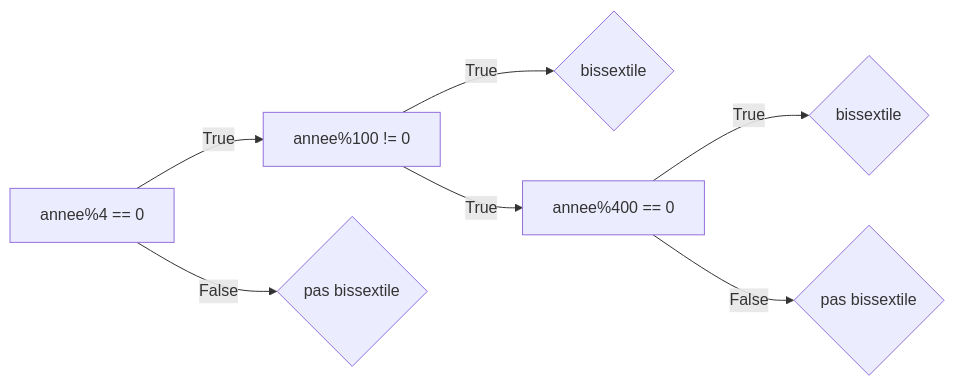
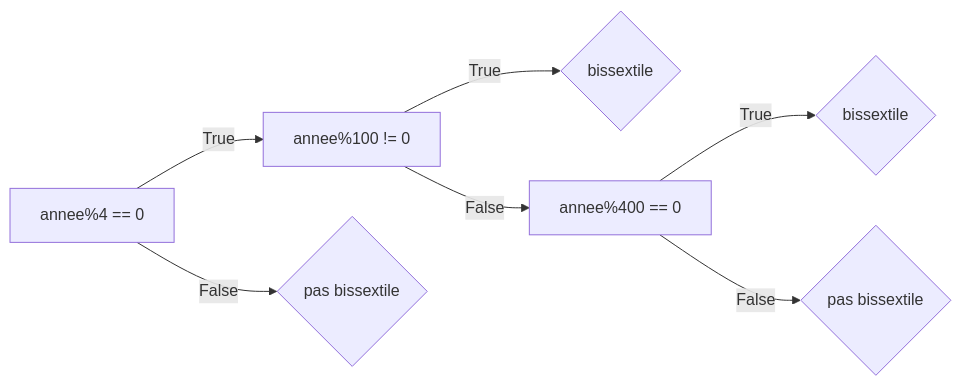
The first of 2 diagrams in docs/langages-et-programmation/4-constructions-elementaires.md (eipaca/NSI-1), drawn with Mermaid before and after one commit. The commit also changed other lines of this file, not shown here.

````diff
--- a/docs/langages-et-programmation/4-constructions-elementaires.md
+++ b/docs/langages-et-programmation/4-constructions-elementaires.md
@@ -180,9 +180,9 @@
     ``` mermaid
     graph LR
     A[annee%4 == 0] --> |True| B;
     A -->|False| C{pas bissextile};
     B[annee%100 != 0] --> |True| D{bissextile};
-    B --> |True| E;
+    B --> |False| E;
     E[annee%400 == 0] --> |True| F{bissextile};
     E --> |False| G{pas bissextile};
     ```
````
